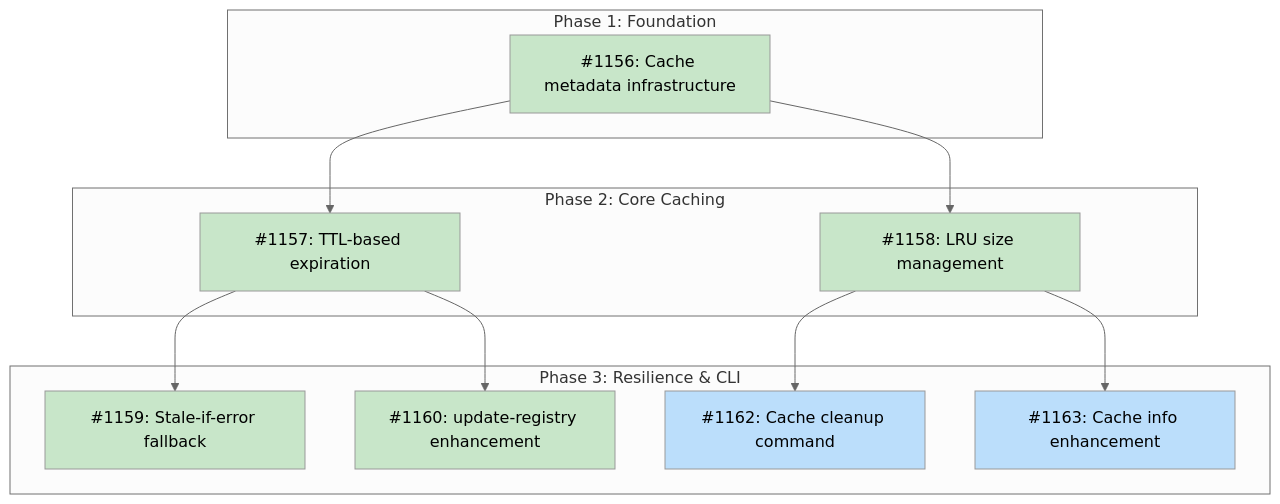
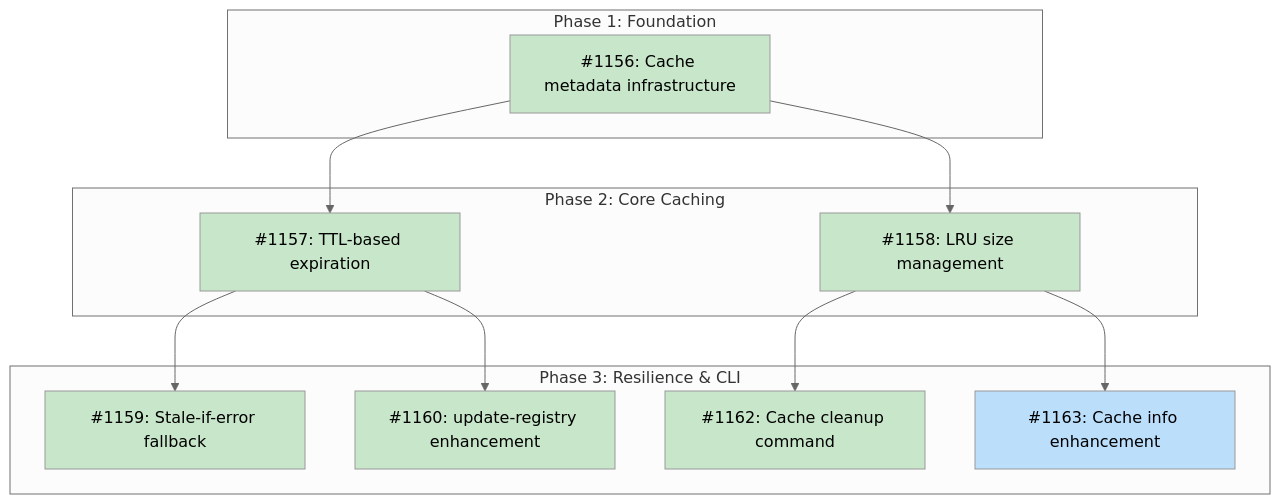
Before and after one commit to tsukumogami/tsuku: the diagram in docs/designs/DESIGN-registry-cache-policy.md, drawn with Mermaid (neutral theme). The commit also changed other lines of this file and 4 other files, not shown here.

````diff
--- a/docs/designs/DESIGN-registry-cache-policy.md
+++ b/docs/designs/DESIGN-registry-cache-policy.md
@@ -30,33 +30,33 @@
 ```mermaid
 graph TD
     subgraph Phase1["Phase 1: Foundation"]
         I1156["#1156: Cache metadata infrastructure"]
     end
 
     subgraph Phase2["Phase 2: Core Caching"]
         I1157["#1157: TTL-based expiration"]
         I1158["#1158: LRU size management"]
     end
 
     subgraph Phase3["Phase 3: Resilience & CLI"]
         I1159["#1159: Stale-if-error fallback"]
         I1160["#1160: update-registry enhancement"]
         I1162["#1162: Cache cleanup command"]
         I1163["#1163: Cache info enhancement"]
     end
 
     I1156 --> I1157
     I1156 --> I1158
     I1157 --> I1159
     I1157 --> I1160
     I1158 --> I1162
     I1158 --> I1163
 
     classDef done fill:#c8e6c9
     classDef ready fill:#bbdefb
     classDef blocked fill:#fff9c4
     classDef needsDesign fill:#e1bee7
 
-    class I1156,I1157,I1158,I1159,I1160 done
-    class I1162,I1163 ready
+    class I1156,I1157,I1158,I1159,I1160,I1162 done
+    class I1163 ready
 ```
````
